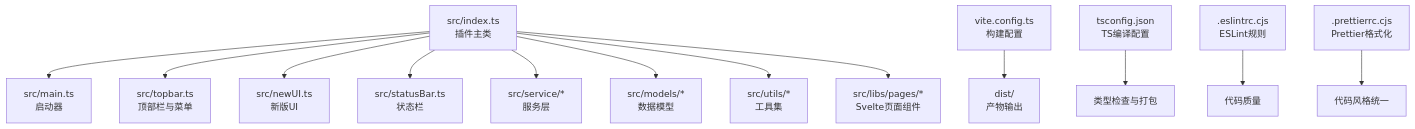
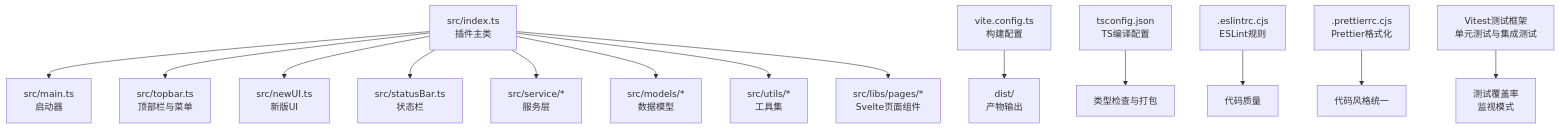
Before and after one commit to terwerinc/siyuan-plugin-share-pro: the first of 5 diagrams in .qoder/repowiki/zh/content/开发指南/开发指南.md, drawn with Mermaid. The commit also changed other lines of this file and 6 other files, not shown here.

````diff
--- a/.qoder/repowiki/zh/content/开发指南/开发指南.md
+++ b/.qoder/repowiki/zh/content/开发指南/开发指南.md
@@ -39,15 +46,16 @@
 ```mermaid
 graph TB
 A["src/index.ts<br/>插件主类"] --> B["src/main.ts<br/>启动器"]
 A --> C["src/topbar.ts<br/>顶部栏与菜单"]
 A --> D["src/newUI.ts<br/>新版UI"]
 A --> E["src/statusBar.ts<br/>状态栏"]
 A --> F["src/service/*<br/>服务层"]
 A --> G["src/models/*<br/>数据模型"]
 A --> H["src/utils/*<br/>工具集"]
 A --> I["src/libs/pages/*<br/>Svelte页面组件"]
 J["vite.config.ts<br/>构建配置"] --> K["dist/<br/>产物输出"]
 L["tsconfig.json<br/>TS编译配置"] --> M["类型检查与打包"]
 N[".eslintrc.cjs<br/>ESLint规则"] --> O["代码质量"]
 P[".prettierrc.cjs<br/>Prettier格式化"] --> Q["代码风格统一"]
+R["Vitest测试框架<br/>单元测试与集成测试"] --> S["测试覆盖率<br/>监视模式"]
 ```
````
